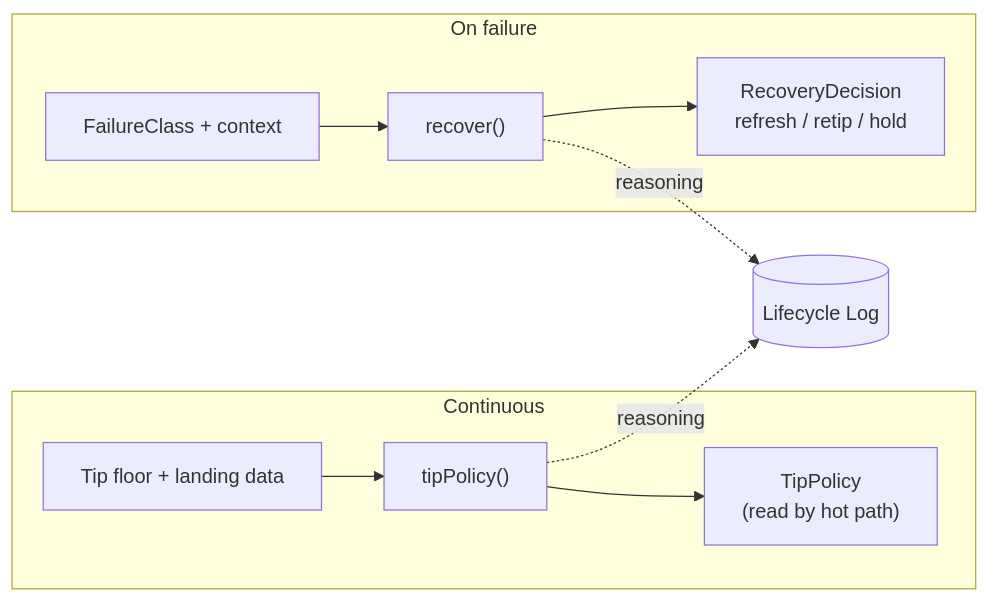
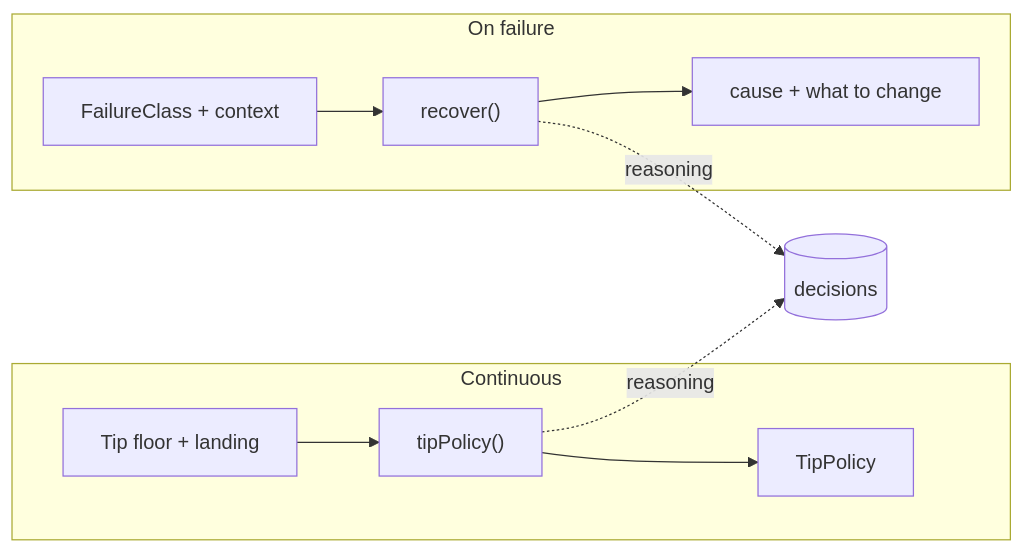
One commit to sadiqsaidu/photon changed the third of 3 diagrams in ARCHITECTURE.md. Above: the diagram before and after it, drawn with Mermaid. The commit also changed other lines of this file and 23 other files, not shown here.

````diff
--- a/ARCHITECTURE.md
+++ b/ARCHITECTURE.md
@@ -185,11 +187,11 @@
 ```mermaid
 flowchart LR
   subgraph LIVE["Continuous"]
-    F["Tip floor + landing data"] --> TP["tipPolicy()"] --> POL["TipPolicy\n(read by hot path)"]
+    F["Tip floor + landing"] --> TP["tipPolicy()"] --> POL["TipPolicy"]
   end
   subgraph ONFAIL["On failure"]
-    FC["FailureClass + context"] --> RC["recover()"] --> RD["RecoveryDecision\nrefresh / retip / hold"]
+    FC["FailureClass + context"] --> RC["recover()"] --> RD["cause + what to change"]
   end
-  TP -. reasoning .-> LOG[("Lifecycle Log")]
-  RC -. reasoning .-> LOG
+  TP -. reasoning .-> DB[("decisions")]
+  RC -. reasoning .-> DB
 ```
````
